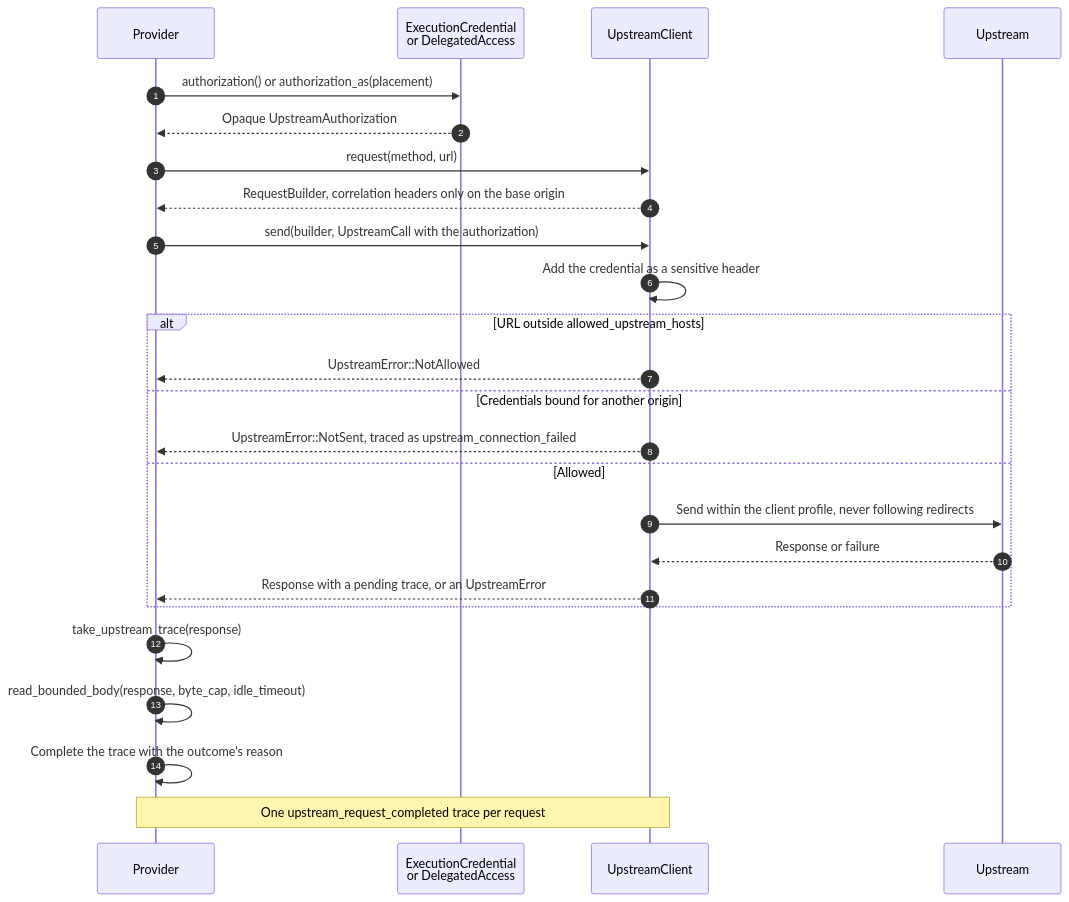
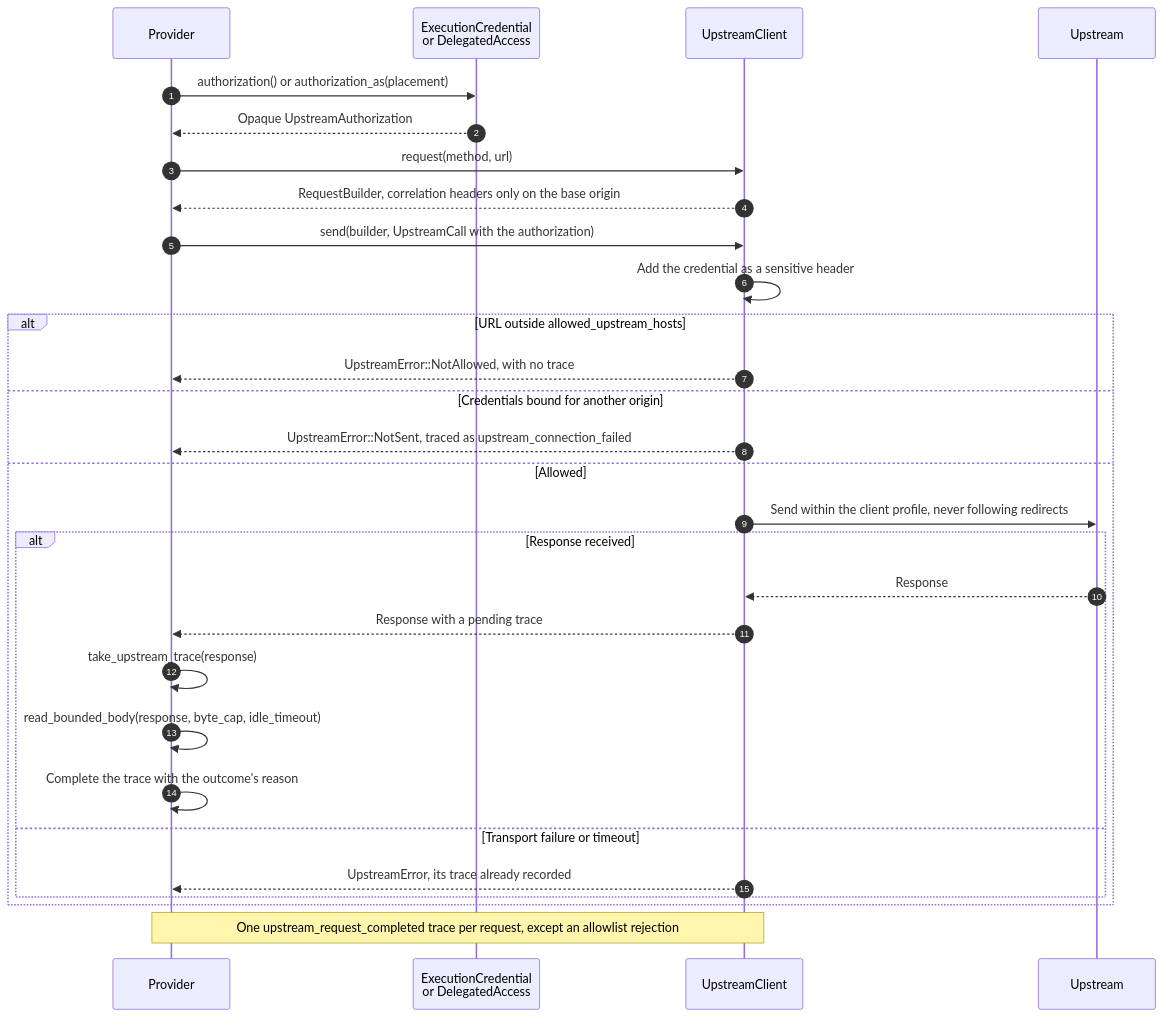
Before and after one commit to kcosr/agent-access-broker: the second of 3 diagrams in docs/provider-sdk.md, drawn with Mermaid. The commit also changed 1 other file, not shown here.

Commit message:
docs: correct trace and reload flow in the guide diagrams
The governed-request diagram now reads the body and completes the
pending trace only for a received response, shows that a transport
failure or timeout returns with its trace already recorded, and notes
that an allowlist rejection records no trace. The assembly run
flowchart binds the listeners once and returns a reload to serving,
which publishes a new generation without rebinding.

````diff
--- a/docs/provider-sdk.md
+++ b/docs/provider-sdk.md
@@ -787,28 +787,32 @@
 ```mermaid
 sequenceDiagram
     autonumber
     participant P as Provider
     participant K as ExecutionCredential<br/>or DelegatedAccess
     participant C as UpstreamClient
     participant U as Upstream
 
     P->>K: authorization() or authorization_as(placement)
     K-->>P: Opaque UpstreamAuthorization
     P->>C: request(method, url)
     C-->>P: RequestBuilder, correlation headers only on the base origin
     P->>C: send(builder, UpstreamCall with the authorization)
     C->>C: Add the credential as a sensitive header
     alt URL outside allowed_upstream_hosts
-        C-->>P: UpstreamError::NotAllowed
+        C-->>P: UpstreamError::NotAllowed, with no trace
     else Credentials bound for another origin
         C-->>P: UpstreamError::NotSent, traced as upstream_connection_failed
     else Allowed
         C->>U: Send within the client profile, never following redirects
-        U-->>C: Response or failure
-        C-->>P: Response with a pending trace, or an UpstreamError
+        alt Response received
+            U-->>C: Response
+            C-->>P: Response with a pending trace
+            P->>P: take_upstream_trace(response)
+            P->>P: read_bounded_body(response, byte_cap, idle_timeout)
+            P->>P: Complete the trace with the outcome's reason
+        else Transport failure or timeout
+            C-->>P: UpstreamError, its trace already recorded
+        end
     end
-    P->>P: take_upstream_trace(response)
-    P->>P: read_bounded_body(response, byte_cap, idle_timeout)
-    P->>P: Complete the trace with the outcome's reason
-    Note over P,C: One upstream_request_completed trace per request
+    Note over P,C: One upstream_request_completed trace per request, except an allowlist rejection
 ```
````
